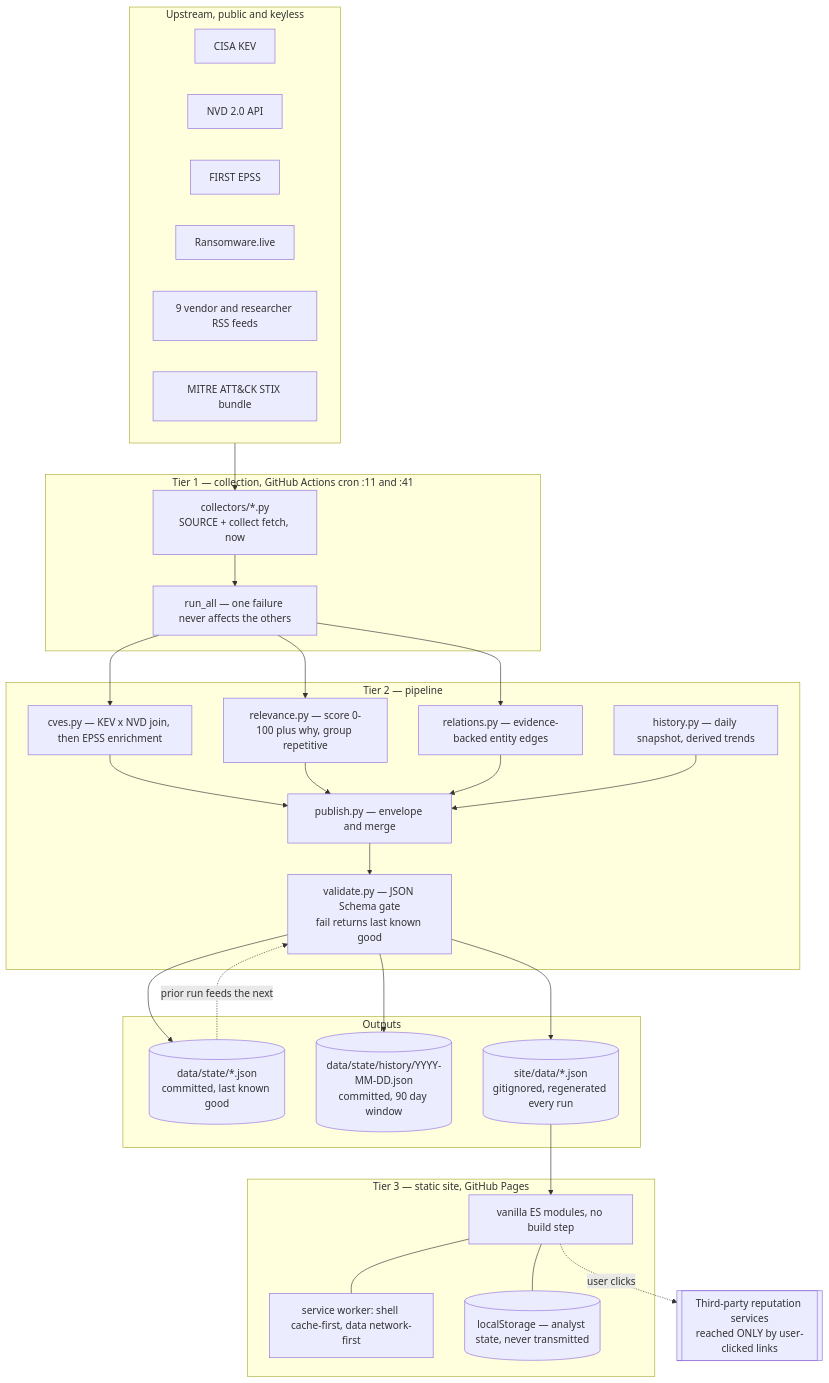
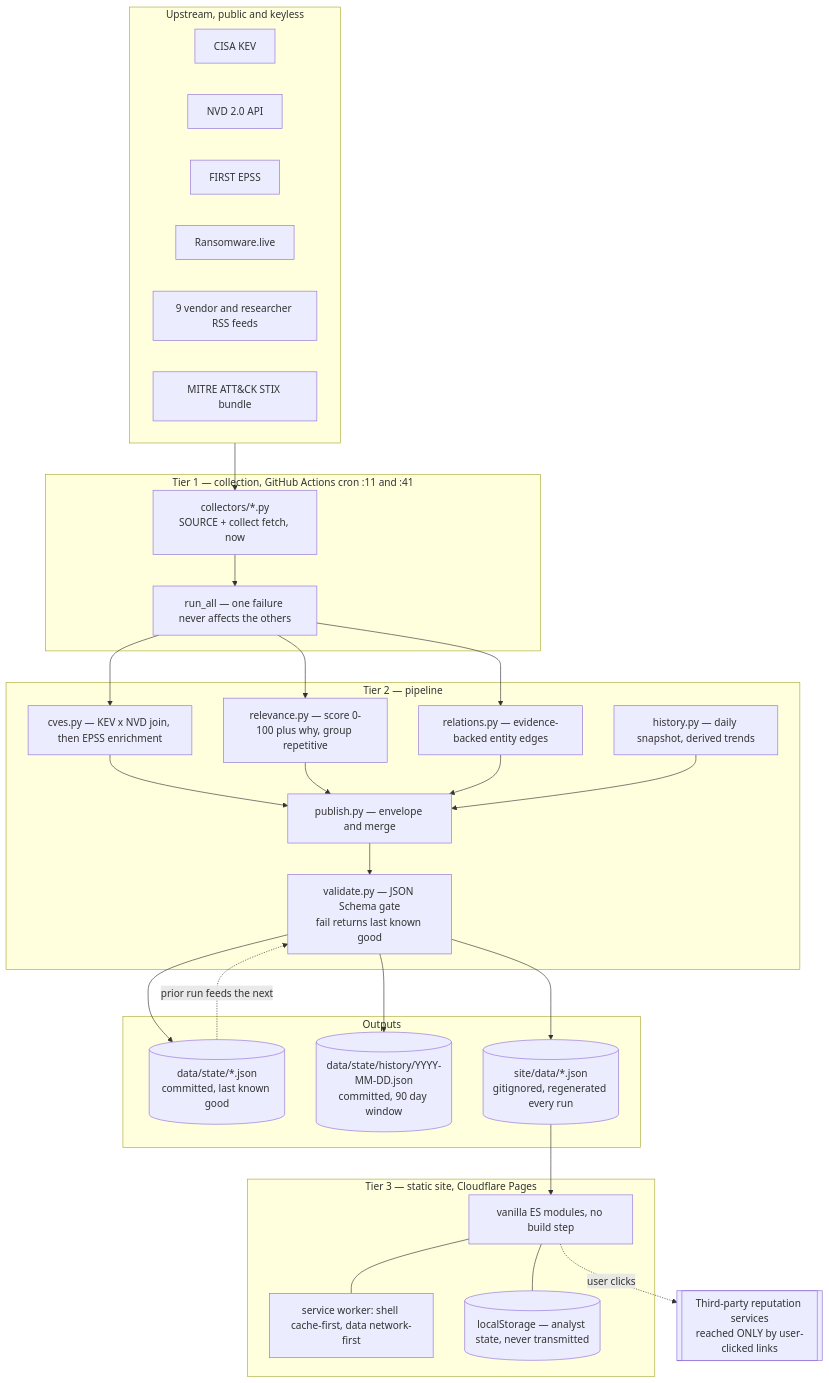
One commit to SaltyCarl/socdesk changed the diagram in docs/ARCHITECTURE.md. Above: the diagram before and after it, drawn with Mermaid. The commit also changed other lines of this file and 8 other files, not shown here.

First line of the commit message:
build: deploy to Cloudflare Pages via wrangler direct upload

````diff
--- a/docs/ARCHITECTURE.md
+++ b/docs/ARCHITECTURE.md
@@ -29,57 +29,57 @@
 ```mermaid
 flowchart TB
   subgraph up[Upstream, public and keyless]
     KEV[CISA KEV]
     NVD[NVD 2.0 API]
     EPSS[FIRST EPSS]
     RL[Ransomware.live]
     RSS[9 vendor and researcher RSS feeds]
     ATK["MITRE ATT&CK STIX bundle"]
   end
 
   subgraph t1[Tier 1 — collection, GitHub Actions cron :11 and :41]
     C[collectors/*.py<br/>SOURCE + collect fetch, now]
     RA[run_all — one failure never affects the others]
     C --> RA
   end
 
   subgraph t2[Tier 2 — pipeline]
     JOIN[cves.py — KEV x NVD join, then EPSS enrichment]
     SCORE[relevance.py — score 0-100 plus why, group repetitive]
     REL[relations.py — evidence-backed entity edges]
     HIST[history.py — daily snapshot, derived trends]
     PUB[publish.py — envelope and merge]
     GATE[validate.py — JSON Schema gate<br/>fail returns last known good]
     JOIN --> PUB --> GATE
     SCORE --> PUB
     REL --> PUB
     HIST --> PUB
   end
 
   subgraph out[Outputs]
     STATE[(data/state/*.json<br/>committed, last known good)]
     HISTD[(data/state/history/YYYY-MM-DD.json<br/>committed, 90 day window)]
     SITE[(site/data/*.json<br/>gitignored, regenerated every run)]
   end
 
-  subgraph t3[Tier 3 — static site, GitHub Pages]
+  subgraph t3[Tier 3 — static site, Cloudflare Pages]
     APP[vanilla ES modules, no build step]
     SW[service worker: shell cache-first, data network-first]
     LS[(localStorage — analyst state, never transmitted)]
     APP --- SW
     APP --- LS
   end
 
   PIV[[Third-party reputation services<br/>reached ONLY by user-clicked links]]
 
   up --> C
   RA --> JOIN
   RA --> SCORE
   RA --> REL
   GATE --> STATE
   GATE --> SITE
   GATE --> HISTD
   STATE -. prior run feeds the next .-> GATE
   SITE --> APP
   APP -. user clicks .-> PIV
 ```
````
